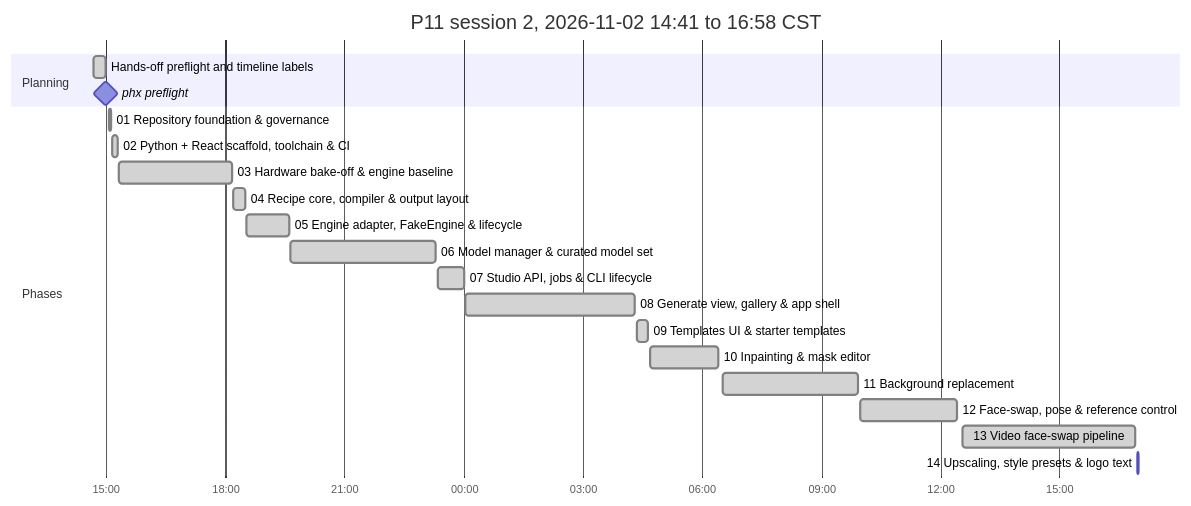
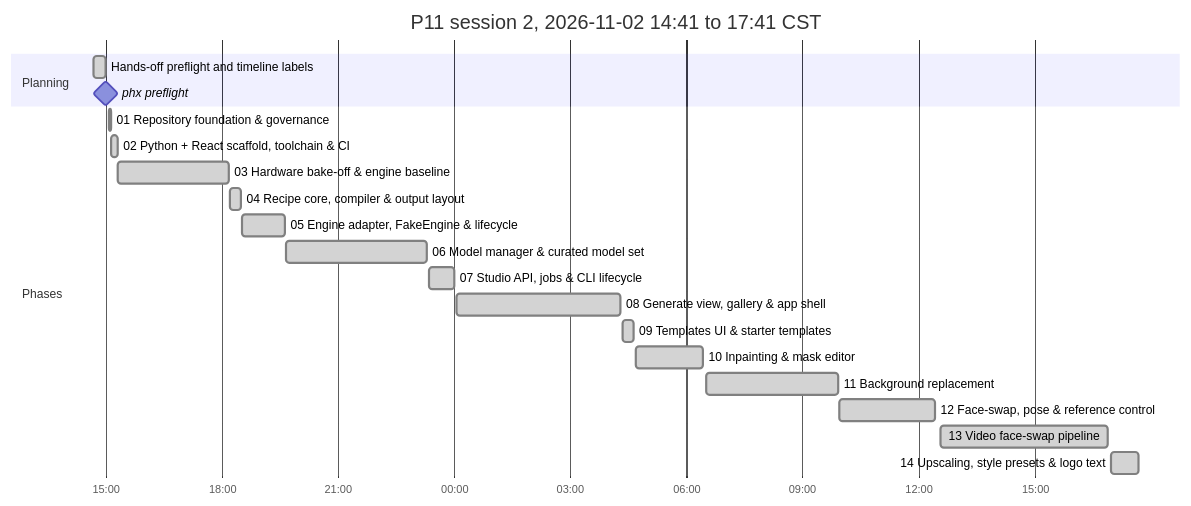
The second of 2 diagrams in P11_IMPLEMENTATION_PLAN.md (antonizick/project1111), drawn with Mermaid before and after one commit. The commit also changed other lines of this file and 1 other file, not shown here.

Commit message:
docs(plan): refresh timeline

````diff
--- a/P11_IMPLEMENTATION_PLAN.md
+++ b/P11_IMPLEMENTATION_PLAN.md
@@ -74,24 +74,24 @@
 ```mermaid
 gantt
-    title P11 session 2, 2026-11-02 14:41 to 16:58 CST
+    title P11 session 2, 2026-11-02 14:41 to 17:41 CST
     dateFormat YYYY-MM-DD HH:mm
     axisFormat %H:%M
     section Planning
     Hands-off preflight and timeline labels :done, plan3, 2026-11-02 14:41, 2026-11-02 14:59
     phx preflight :milestone, pf13ee0d5, 2026-11-02 15:00, 0m
     section Phases
     01 Repository foundation & governance :done, p01s2, 2026-11-02 15:05, 2026-11-02 15:08
     02 Python + React scaffold, toolchain & CI :done, p02s2, 2026-11-02 15:09, 2026-11-02 15:18
     03 Hardware bake-off & engine baseline :done, p03s2, 2026-11-02 15:19, 2026-11-02 18:10
     04 Recipe core, compiler & output layout :done, p04s2, 2026-11-02 18:12, 2026-11-02 18:30
     05 Engine adapter, FakeEngine & lifecycle :done, p05s2, 2026-11-02 18:32, 2026-11-02 19:37
     06 Model manager & curated model set :done, p06s2, 2026-11-02 19:39, 2026-11-02 23:18
     07 Studio API, jobs & CLI lifecycle :done, p07s2, 2026-11-02 23:21, 2026-11-03 00:00
     08 Generate view, gallery & app shell :done, p08s2, 2026-11-03 00:03, 2026-11-03 04:18
     09 Templates UI & starter templates :done, p09s2, 2026-11-03 04:21, 2026-11-03 04:38
     10 Inpainting & mask editor :done, p10s2, 2026-11-03 04:41, 2026-11-03 06:25
     11 Background replacement :done, p11s2, 2026-11-03 06:31, 2026-11-03 09:55
     12 Face-swap, pose & reference control :done, p12s2, 2026-11-03 09:58, 2026-11-03 12:25
     13 Video face-swap pipeline :done, p13s2, 2026-11-03 12:34, 2026-11-03 16:54
-    14 Upscaling, style presets & logo text :active, p14s2, 2026-11-03 16:58, 2026-11-03 16:59
+    14 Upscaling, style presets & logo text :done, p14s2, 2026-11-03 16:58, 2026-11-03 17:41
 ```
````
